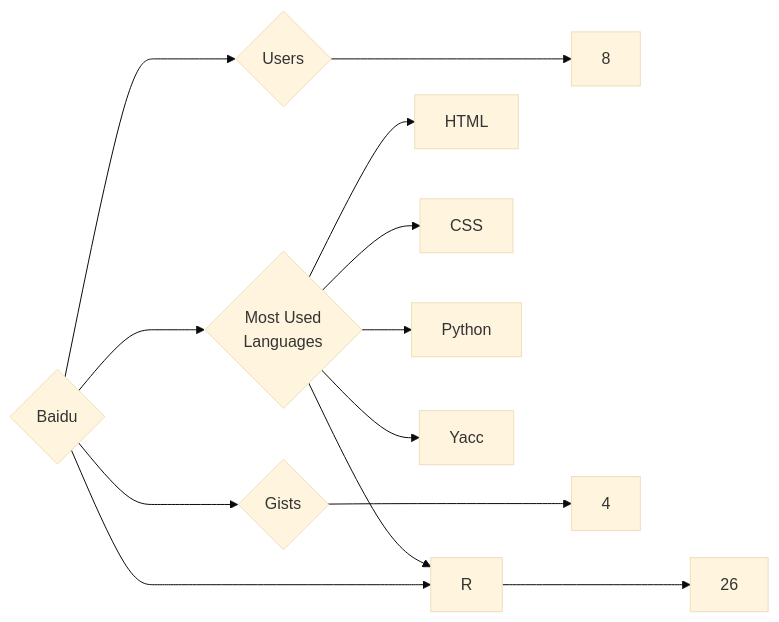
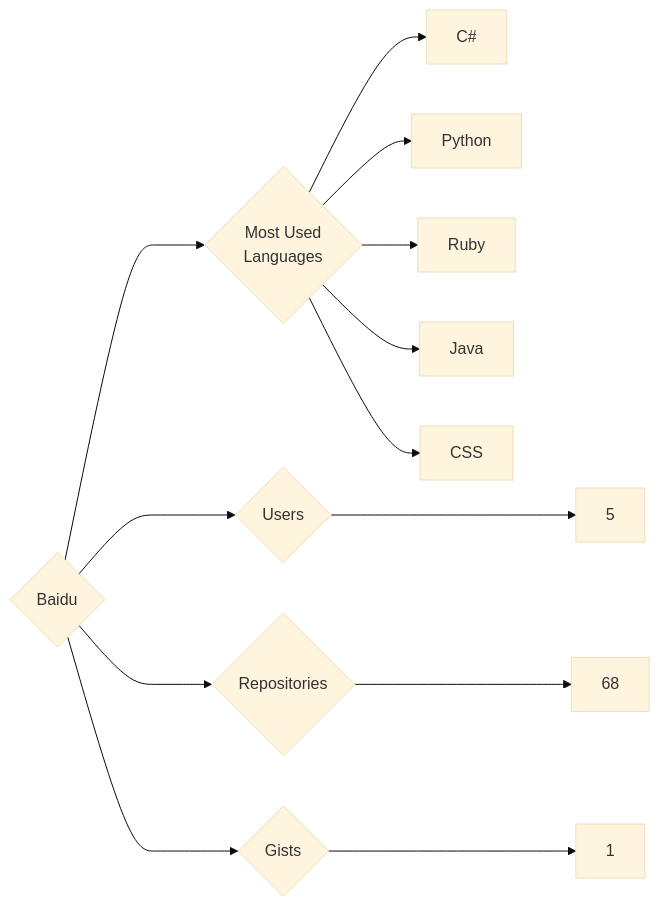
One commit to trickest/insiders changed the diagram in targets/Baidu/README.md. Above: the diagram before and after it, drawn with Mermaid (base theme). The commit also changed 1141 other files, not shown here.

````diff
--- a/targets/Baidu/README.md
+++ b/targets/Baidu/README.md
@@ -3,13 +3,13 @@
 ```mermaid
 graph LR
 COMPANY_NAME{Baidu}
-COMPANY_NAME ---> U{Users} ---> UN[8]
-COMPANY_NAME ---> R{Repositories} ---> RN[26]
-COMPANY_NAME ---> G{Gists} ---> GN[4]
+COMPANY_NAME ---> U{Users} ---> UN[5]
+COMPANY_NAME ---> R{Repositories} ---> RN[68]
+COMPANY_NAME ---> G{Gists} ---> GN[1]
 COMPANY_NAME ---> ML{Most Used<br>Languages}
-ML --> HTML[HTML]
+ML --> C#[C#]
+ML --> Python[Python]
+ML --> Ruby[Ruby]
+ML --> Java[Java]
 ML --> CSS[CSS]
-ML --> Python[Python]
-ML --> Yacc[Yacc]
-ML --> R[R]
 ```
````
